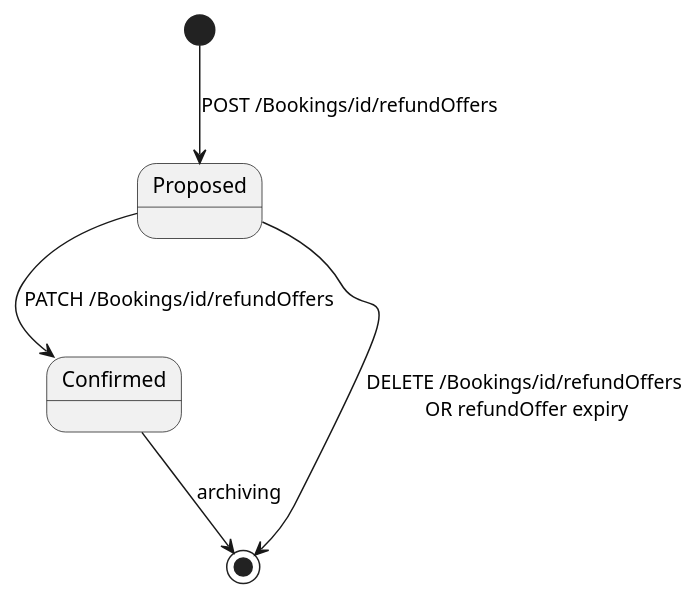
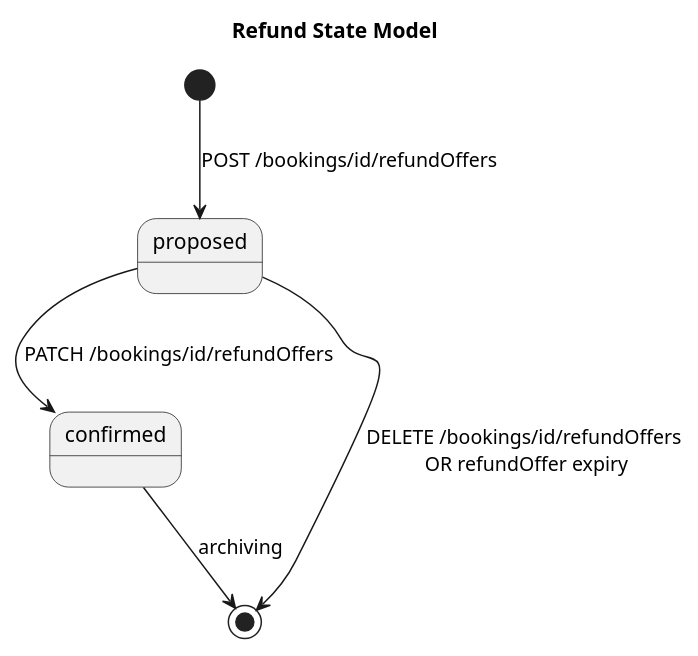
Before and after one commit to UnionInternationalCheminsdeFer/OSDM: the diagram in images/models/refund-state-model.puml, drawn with PlantUML. The commit also changed 20 other files, not shown here.

```diff
--- a/images/models/refund-state-model.puml
+++ b/images/models/refund-state-model.puml
@@ -1,4 +1,10 @@
-[*] --> Proposed: POST /Bookings/id/refundOffers
-Proposed--> Confirmed: PATCH /Bookings/id/refundOffers
-Proposed--> [*] : DELETE /Bookings/id/refundOffers\n OR refundOffer expiry
-Confirmed --> [*] : archiving
+@startuml
+
+title "Refund State Model"
+
+[*] --> proposed: POST /bookings/id/refundOffers
+proposed--> confirmed: PATCH /bookings/id/refundOffers
+proposed--> [*] : DELETE /bookings/id/refundOffers\n OR refundOffer expiry
+confirmed --> [*] : archiving
+
+@enduml
```
